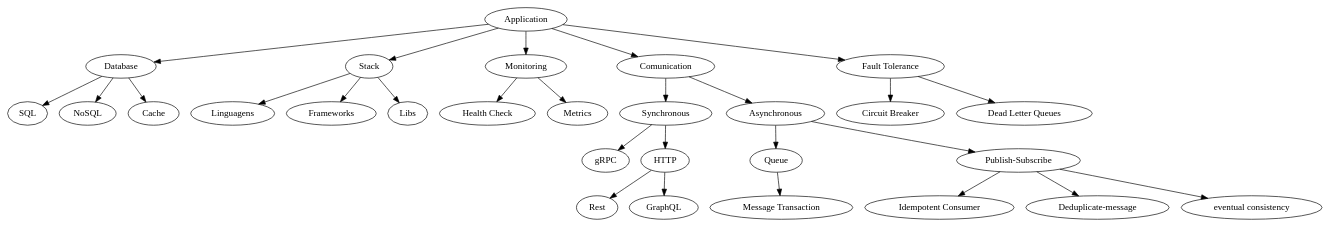
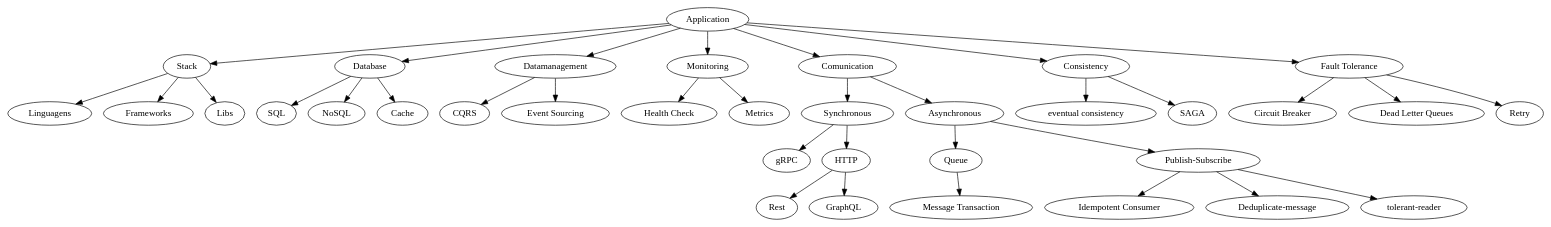
One commit to emmanuelneri/microservices-roadmap changed the diagram in images/microservices-application-roadmap.gv. Above: the diagram before and after it, drawn with Graphviz. The commit also changed 7 other files, not shown here.

```diff
--- a/images/microservices-application-roadmap.gv
+++ b/images/microservices-application-roadmap.gv
@@ -1,58 +1,72 @@
 // Microservices Application Roadmap
 digraph {
 	application [label=Application]
+	application -> stack
 	application -> db
-	application -> stack
+	application -> "data-management"
 	application -> monitoring
 	application -> comunication
+	application -> consistency
+	stack [label=Stack]
+	linguagens [label=Linguagens]
+	framework [label=Frameworks]
+	lib [label=Libs]
+	stack -> linguagens
+	stack -> framework
+	stack -> lib
 	db [label=Database]
 	sql [label=SQL]
 	nosql [label=NoSQL]
 	cache [label=Cache]
 	db -> sql
 	db -> nosql
 	db -> cache
-	stack [label=Stack]
-	linguagens [label=Linguagens]
-	framework [label=Frameworks]
-	lib [label=Libs]
-	stack -> linguagens
-	stack -> framework
-	stack -> lib
+	"data-management" [label=Datamanagement]
+	cqrs [label=CQRS]
+	"event-sourcing" [label="Event Sourcing"]
+	"data-management" -> cqrs
+	"data-management" -> "event-sourcing"
 	monitoring [label=Monitoring]
 	"health-check" [label="Health Check"]
 	"app-metrics" [label=Metrics]
 	monitoring -> "health-check"
 	monitoring -> "app-metrics"
 	comunication [label=Comunication]
 	synchronous [label=Synchronous]
 	asynchronous [label=Asynchronous]
 	comunication -> synchronous
 	comunication -> asynchronous
 	grpc [label=gRPC]
 	http [label=HTTP]
 	synchronous -> http
 	synchronous -> grpc
 	rest [label=Rest]
 	graphql [label=GraphQL]
 	http -> rest
 	http -> graphql
 	queue [label=Queue]
 	"pub-sub" [label="Publish-Subscribe"]
 	asynchronous -> queue
 	asynchronous -> "pub-sub"
 	"queue-transaction" [label="Message Transaction"]
 	queue -> "queue-transaction"
 	idempotent [label="Idempotent Consumer"]
 	deduplicate [label="Deduplicate-message"]
-	"eventual-consistency" [label="eventual consistency"]
+	"tolerant-reader" [label="tolerant-reader"]
 	"pub-sub" -> idempotent
 	"pub-sub" -> deduplicate
-	"pub-sub" -> "eventual-consistency"
+	"pub-sub" -> "tolerant-reader"
 	application -> "fault-tolerance"
 	"fault-tolerance" [label="Fault Tolerance"]
 	"app-circuit-breaker" [label="Circuit Breaker"]
 	dlq [label="Dead Letter Queues"]
+	retry [label=Retry]
+	consistency [label=Consistency]
+	"eventual-consistency" [label="eventual consistency"]
+	saga [label=SAGA]
+	consistency -> "eventual-consistency"
+	consistency -> saga
 	"fault-tolerance" -> "app-circuit-breaker"
 	"fault-tolerance" -> dlq
+	"fault-tolerance" -> retry
 }
```
